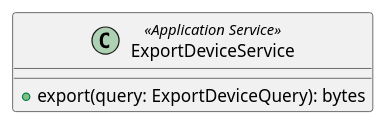
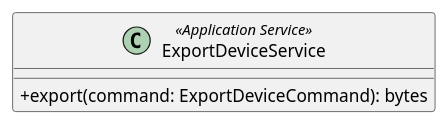
The diagram in src/PB/DocumentazioneEsterna/Specifica_Tecnica/content/uml/puml/Diagrammi_classi/Backend/ApplicationServices/ExportDeviceService.puml (GroupRubberDuck/Documentazione), drawn with PlantUML before and after one commit. The commit also changed 118 other files, not shown here.

```diff
--- a/src/PB/DocumentazioneEsterna/Specifica_Tecnica/content/uml/puml/Diagrammi_classi/Backend/ApplicationServices/ExportDeviceService.puml
+++ b/src/PB/DocumentazioneEsterna/Specifica_Tecnica/content/uml/puml/Diagrammi_classi/Backend/ApplicationServices/ExportDeviceService.puml
@@ -1,7 +1,8 @@
 @startuml ExportDeviceService
+skinparam classAttributeIconSize 0
 
 class ExportDeviceService <<Application Service>> {
-    + export(query: ExportDeviceQuery): bytes
+    + export(command: ExportDeviceCommand): bytes
 }
 
 @enduml
```
